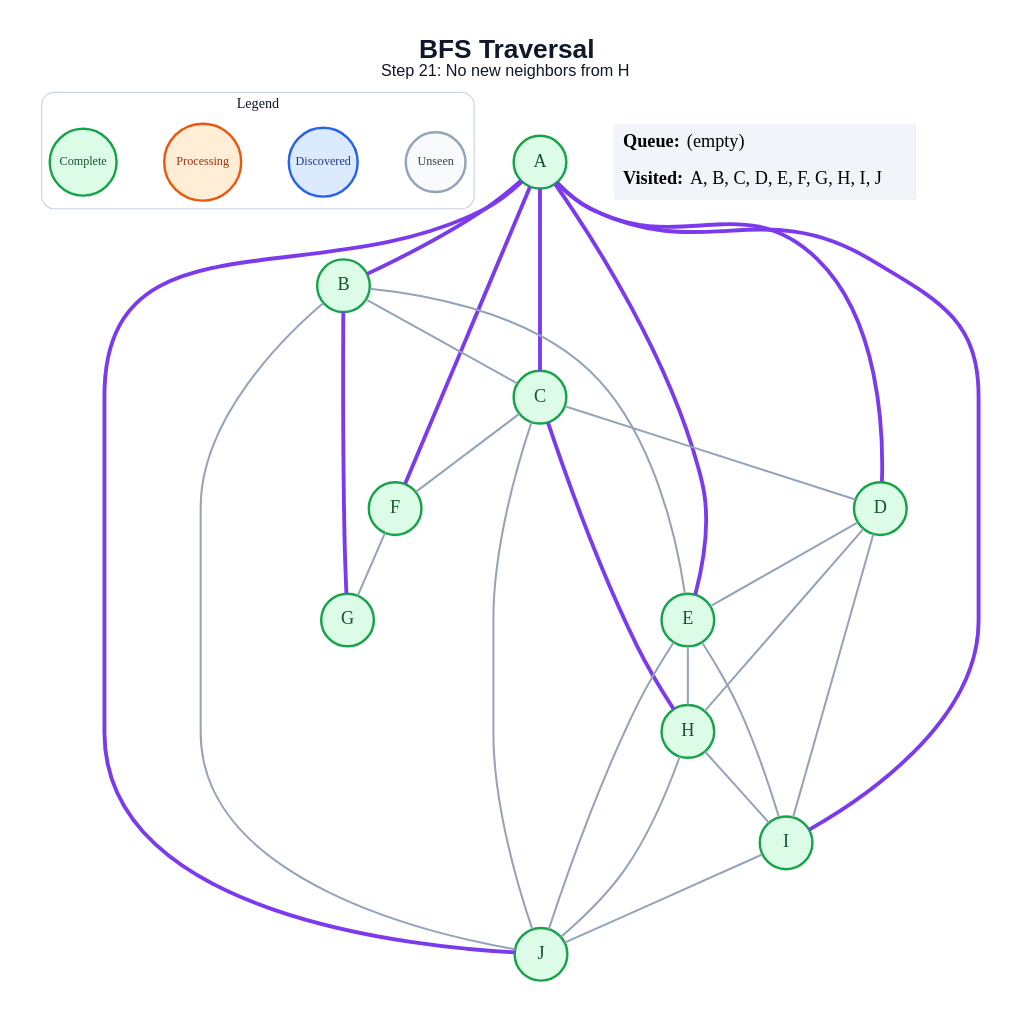
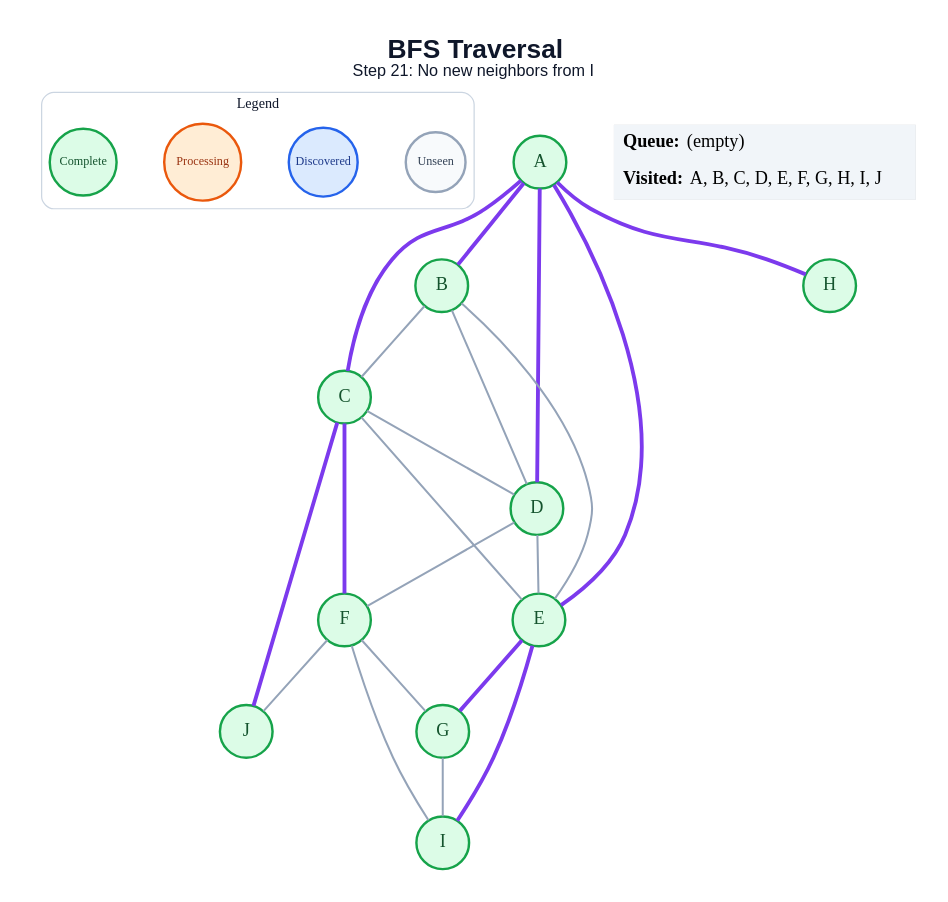
Before and after one commit to amanghodawala9/ai-slop: the diagram in generated/bfs/step_21.dot, drawn with Graphviz. The commit also changed 178 other files, not shown here.

```diff
--- a/generated/bfs/step_21.dot
+++ b/generated/bfs/step_21.dot
@@ -1,54 +1,49 @@
 graph traversal {
   graph [layout=dot, rankdir=TB, bgcolor="#FFFFFF", pad="0.35", nodesep="0.65", ranksep="0.8", fontname="Arial"];
   node [shape=circle, style="filled", fontname="Arial Bold", fontsize=18, width=0.72, fixedsize=true, penwidth=2.4];
   edge [color="#94A3B8", penwidth=2.0];
-  label=<<B>BFS Traversal</B><BR/><FONT POINT-SIZE="16">Step 21: No new neighbors from H</FONT>>; labelloc="t"; fontsize=26; fontname="Arial"; fontcolor="#0F172A";
+  label=<<B>BFS Traversal</B><BR/><FONT POINT-SIZE="16">Step 21: No new neighbors from I</FONT>>; labelloc="t"; fontsize=26; fontname="Arial"; fontcolor="#0F172A";
   subgraph cluster_legend { label="Legend"; color="#CBD5E1"; penwidth=1.2; style="rounded"; fontsize=14; fontname="Arial Bold";
     key_unseen [label="Unseen", fillcolor="#F8FAFC", color="#94A3B8", fontcolor="#334155", fontsize=12, width=0.82];
     key_frontier [label="Discovered", fillcolor="#DBEAFE", color="#2563EB", fontcolor="#1E3A8A", fontsize=12, width=0.95];
     key_current [label="Processing", fillcolor="#FFEDD5", color="#EA580C", fontcolor="#9A3412", fontsize=12, width=1.05];
     key_done [label="Complete", fillcolor="#DCFCE7", color="#16A34A", fontcolor="#14532D", fontsize=12, width=0.92];
     { rank=same; key_unseen; key_frontier; key_current; key_done; }
   }
   A [fillcolor="#DCFCE7", color="#16A34A", fontcolor="#14532D"];
   B [fillcolor="#DCFCE7", color="#16A34A", fontcolor="#14532D"];
   C [fillcolor="#DCFCE7", color="#16A34A", fontcolor="#14532D"];
   D [fillcolor="#DCFCE7", color="#16A34A", fontcolor="#14532D"];
   E [fillcolor="#DCFCE7", color="#16A34A", fontcolor="#14532D"];
   F [fillcolor="#DCFCE7", color="#16A34A", fontcolor="#14532D"];
   G [fillcolor="#DCFCE7", color="#16A34A", fontcolor="#14532D"];
   H [fillcolor="#DCFCE7", color="#16A34A", fontcolor="#14532D"];
   I [fillcolor="#DCFCE7", color="#16A34A", fontcolor="#14532D"];
   J [fillcolor="#DCFCE7", color="#16A34A", fontcolor="#14532D"];
   A -- B [color="#7C3AED", penwidth=3.8];
   A -- C [color="#7C3AED", penwidth=3.8];
   A -- D [color="#7C3AED", penwidth=3.8];
   A -- E [color="#7C3AED", penwidth=3.8];
-  A -- F [color="#7C3AED", penwidth=3.8];
-  A -- I [color="#7C3AED", penwidth=3.8];
-  A -- J [color="#7C3AED", penwidth=3.8];
+  A -- H [color="#7C3AED", penwidth=3.8];
   B -- C;
+  B -- D;
   B -- E;
-  B -- G [color="#7C3AED", penwidth=3.8];
-  B -- J;
   C -- D;
-  C -- F;
-  C -- H [color="#7C3AED", penwidth=3.8];
-  C -- J;
+  C -- E;
+  C -- F [color="#7C3AED", penwidth=3.8];
+  C -- J [color="#7C3AED", penwidth=3.8];
   D -- E;
-  D -- H;
-  D -- I;
-  E -- H;
-  E -- I;
-  E -- J;
+  D -- F;
+  E -- G [color="#7C3AED", penwidth=3.8];
+  E -- I [color="#7C3AED", penwidth=3.8];
   F -- G;
-  H -- I;
-  H -- J;
-  I -- J;
+  F -- I;
+  F -- J;
+  G -- I;
   status [shape=plain, fixedsize=false, width=0, height=0, margin=0, label=<
     <TABLE BORDER="0" CELLBORDER="0" CELLPADDING="7" BGCOLOR="#F1F5F9">
       <TR><TD ALIGN="LEFT"><B>Queue:</B> (empty)</TD></TR>
       <TR><TD ALIGN="LEFT"><B>Visited:</B> A, B, C, D, E, F, G, H, I, J</TD></TR>
     </TABLE>
   >];
 }
```
